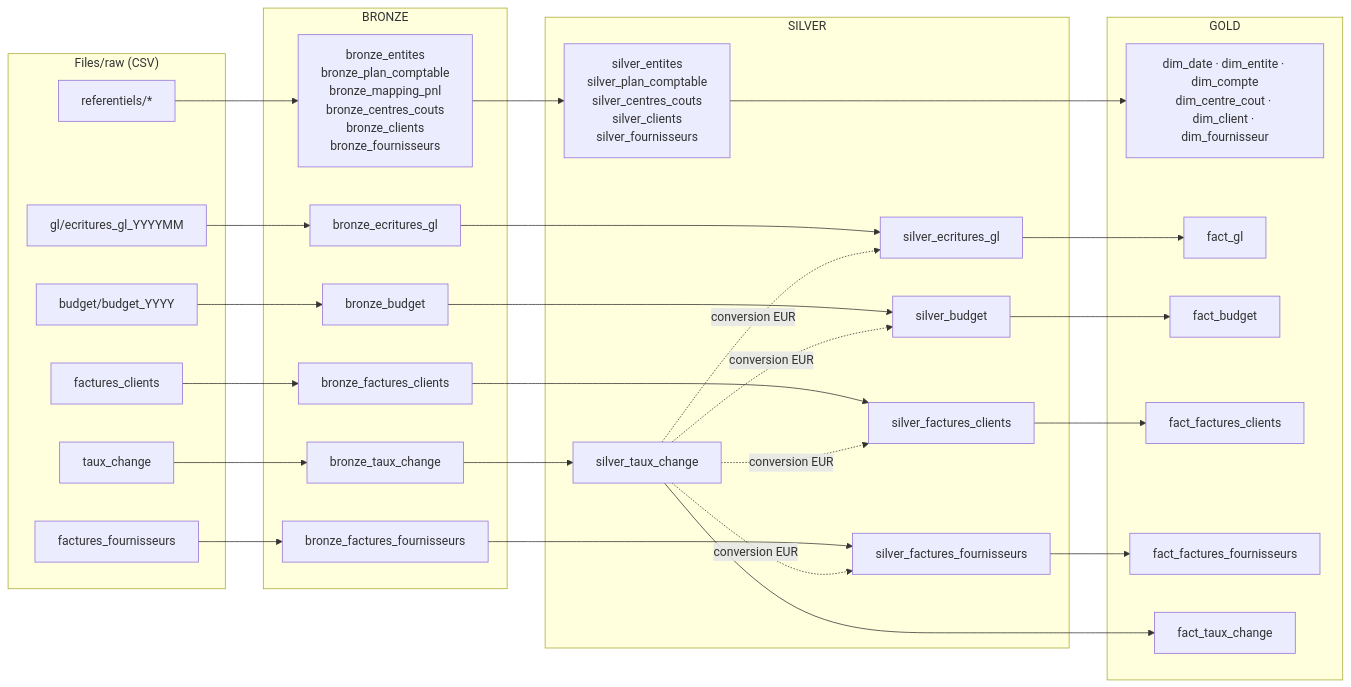
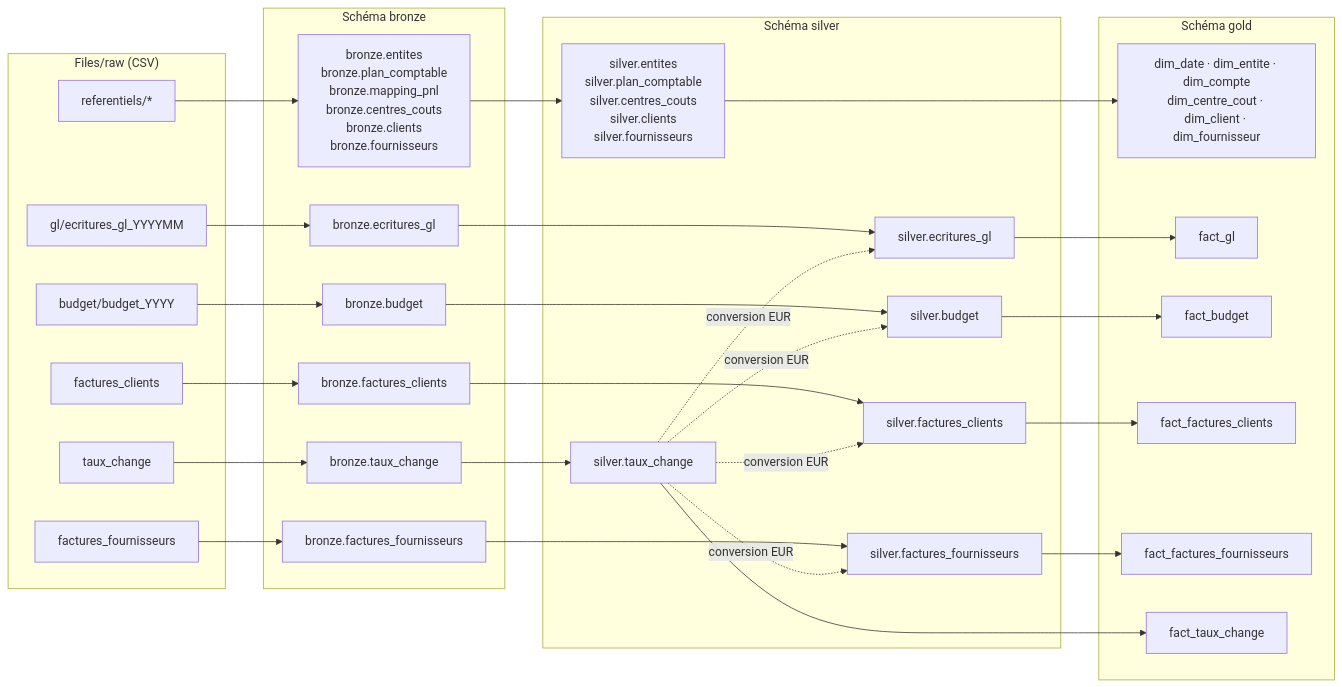
The diagram in docs/03-modele-donnees.md (halid10/finsight-fabric-finance), drawn with Mermaid before and after one commit. The commit also changed other lines of this file and 6 other files, not shown here.

Commit message:
docs: schémas bronze/silver/gold dans l'architecture, le guide, le modèle et le backlog (KAN-66)

````diff
--- a/docs/03-modele-donnees.md
+++ b/docs/03-modele-donnees.md
@@ -5,42 +5,42 @@
 ```mermaid
 flowchart LR
     subgraph RAW["Files/raw (CSV)"]
         r1[referentiels/*]
         r2[gl/ecritures_gl_YYYYMM]
         r3[factures_clients]
         r4[factures_fournisseurs]
         r5[budget/budget_YYYY]
         r6[taux_change]
     end
-    subgraph BRONZE
-        b1[bronze_entites<br/>bronze_plan_comptable<br/>bronze_mapping_pnl<br/>bronze_centres_couts<br/>bronze_clients<br/>bronze_fournisseurs]
-        b2[bronze_ecritures_gl]
-        b3[bronze_factures_clients]
-        b4[bronze_factures_fournisseurs]
-        b5[bronze_budget]
-        b6[bronze_taux_change]
+    subgraph BRONZE["Schéma bronze"]
+        b1[bronze.entites<br/>bronze.plan_comptable<br/>bronze.mapping_pnl<br/>bronze.centres_couts<br/>bronze.clients<br/>bronze.fournisseurs]
+        b2[bronze.ecritures_gl]
+        b3[bronze.factures_clients]
+        b4[bronze.factures_fournisseurs]
+        b5[bronze.budget]
+        b6[bronze.taux_change]
     end
-    subgraph SILVER
-        s1[silver_entites<br/>silver_plan_comptable<br/>silver_centres_couts<br/>silver_clients<br/>silver_fournisseurs]
-        s2[silver_ecritures_gl]
-        s3[silver_factures_clients]
-        s4[silver_factures_fournisseurs]
-        s5[silver_budget]
-        s6[silver_taux_change]
+    subgraph SILVER["Schéma silver"]
+        s1[silver.entites<br/>silver.plan_comptable<br/>silver.centres_couts<br/>silver.clients<br/>silver.fournisseurs]
+        s2[silver.ecritures_gl]
+        s3[silver.factures_clients]
+        s4[silver.factures_fournisseurs]
+        s5[silver.budget]
+        s6[silver.taux_change]
     end
-    subgraph GOLD
+    subgraph GOLD["Schéma gold"]
         d[dim_date · dim_entite · dim_compte<br/>dim_centre_cout · dim_client · dim_fournisseur]
         f1[fact_gl]
         f2[fact_budget]
         f3[fact_factures_clients]
         f4[fact_factures_fournisseurs]
         f5[fact_taux_change]
     end
     r1-->b1-->s1-->d
     r2-->b2-->s2-->f1
     r3-->b3-->s3-->f3
     r4-->b4-->s4-->f4
     r5-->b5-->s5-->f2
     r6-->b6-->s6-->f5
     s6-.conversion EUR.->s2 & s3 & s4 & s5
 ```
````
